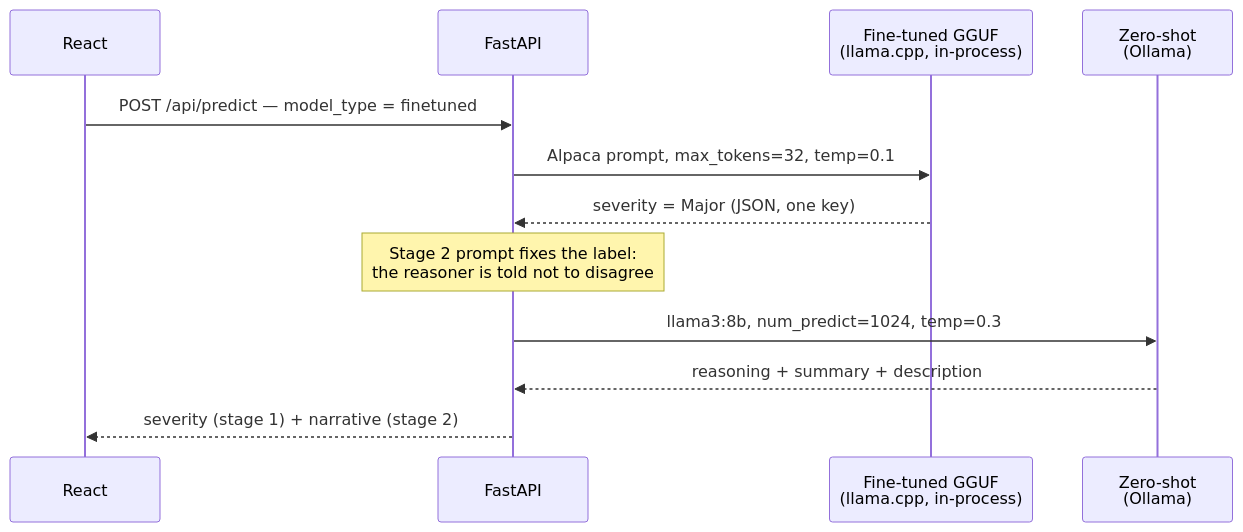
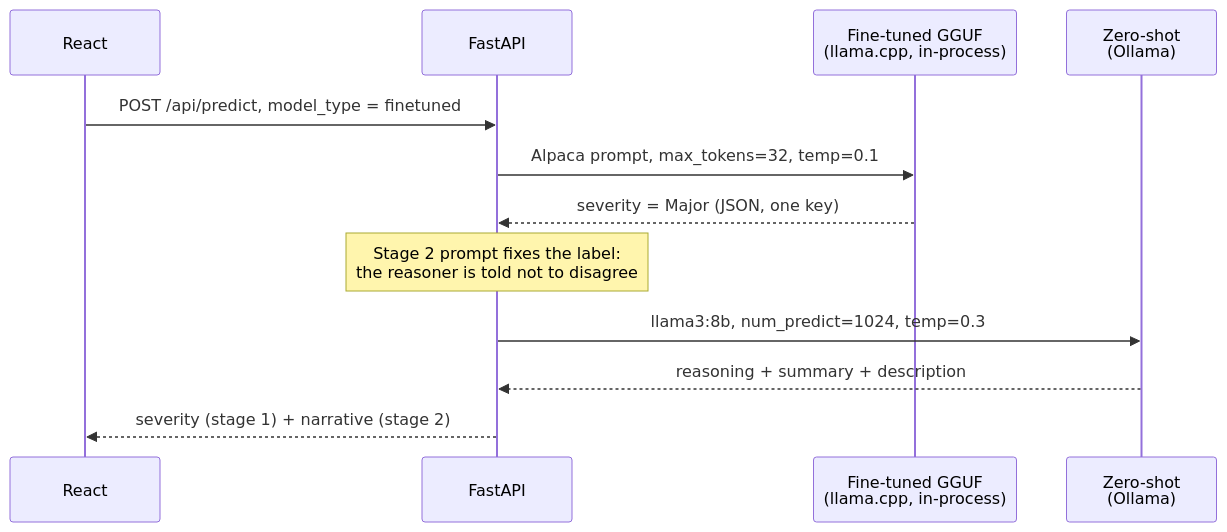
Before and after one commit to asset8k/bug-triage-app: the second of 2 diagrams in README.md, drawn with Mermaid. The commit also changed other lines of this file, not shown here.

````diff
--- a/README.md
+++ b/README.md
@@ -230,15 +229,15 @@
 ```mermaid
 sequenceDiagram
     participant UI as React
     participant API as FastAPI
     participant FT as Fine-tuned GGUF<br/>(llama.cpp, in-process)
     participant ZS as Zero-shot<br/>(Ollama)
 
-    UI->>API: POST /api/predict — model_type = finetuned
+    UI->>API: POST /api/predict, model_type = finetuned
     API->>FT: Alpaca prompt, max_tokens=32, temp=0.1
     FT-->>API: severity = Major (JSON, one key)
     Note over API: Stage 2 prompt fixes the label:<br/>the reasoner is told not to disagree
     API->>ZS: llama3:8b, num_predict=1024, temp=0.3
     ZS-->>API: reasoning + summary + description
     API-->>UI: severity (stage 1) + narrative (stage 2)
 ```
````
